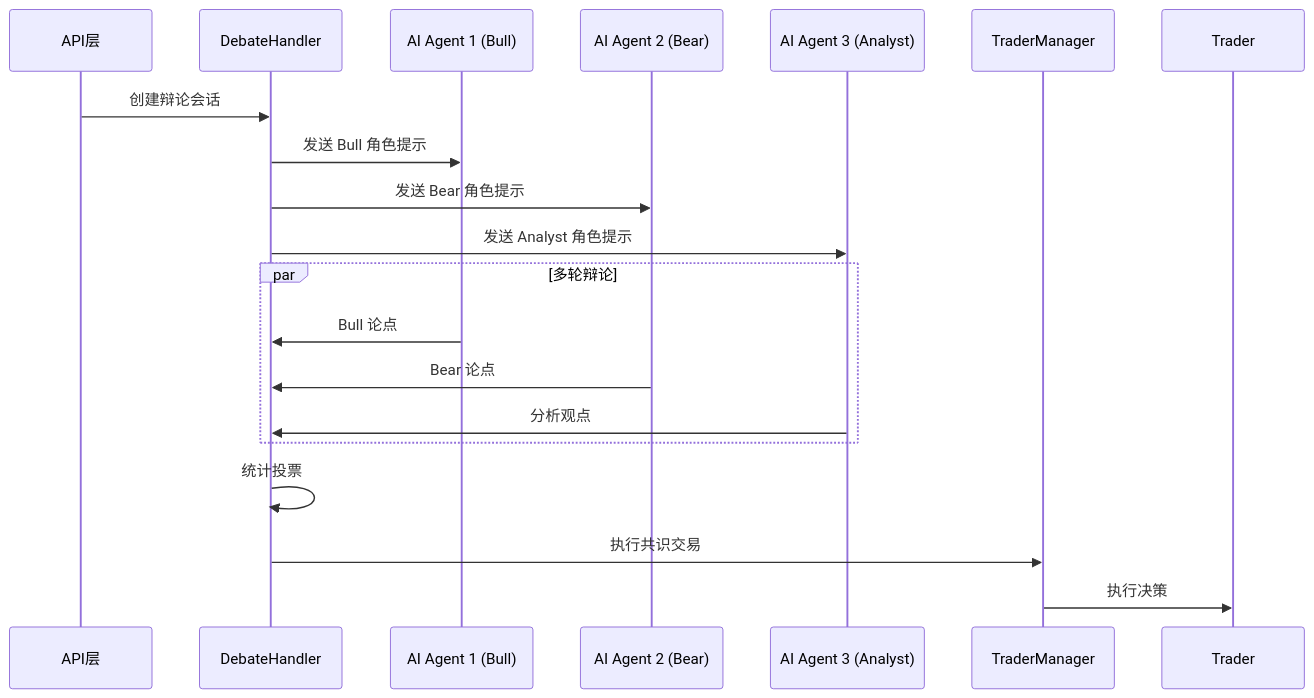
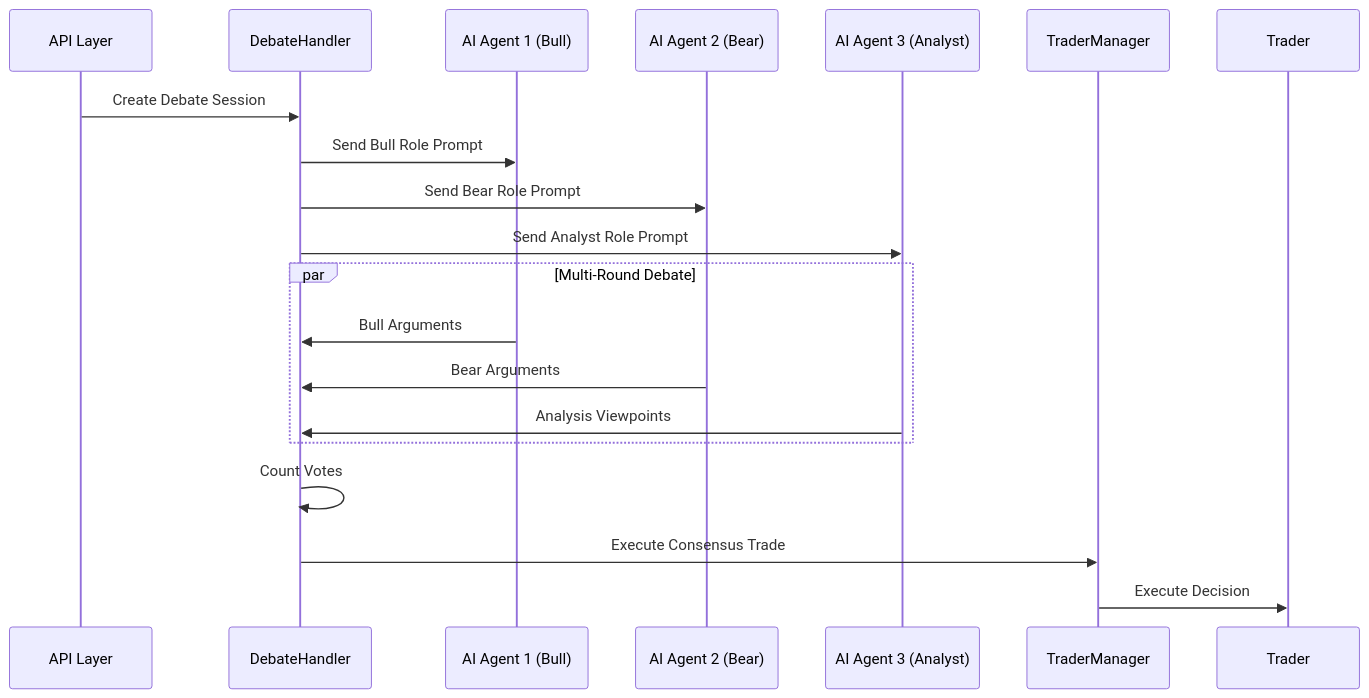
Before and after one commit to zcxGGmu/DeepAlpha: diagram 11 of 11 in docs/improve/kilo-code/NOFX-技术分析报告.md, drawn with Mermaid. The commit also changed other lines of this file, not shown here.

Commit message:
fix: 修复 Mermaid 图表中文标签兼容性问题

````diff
--- a/docs/improve/kilo-code/NOFX-技术分析报告.md
+++ b/docs/improve/kilo-code/NOFX-技术分析报告.md
@@ -1090,24 +1098,24 @@
 ```mermaid
 sequenceDiagram
-    participant API as API层
+    participant API as API Layer
     participant DH as DebateHandler
     participant AI1 as AI Agent 1 (Bull)
     participant AI2 as AI Agent 2 (Bear)
     participant AI3 as AI Agent 3 (Analyst)
     participant TM as TraderManager
     
-    API->>DH: 创建辩论会话
-    DH->>AI1: 发送 Bull 角色提示
-    DH->>AI2: 发送 Bear 角色提示
-    DH->>AI3: 发送 Analyst 角色提示
+    API->>DH: Create Debate Session
+    DH->>AI1: Send Bull Role Prompt
+    DH->>AI2: Send Bear Role Prompt
+    DH->>AI3: Send Analyst Role Prompt
     
-    par 多轮辩论
-        AI1->>DH: Bull 论点
-        AI2->>DH: Bear 论点
-        AI3->>DH: 分析观点
+    par Multi-Round Debate
+        AI1->>DH: Bull Arguments
+        AI2->>DH: Bear Arguments
+        AI3->>DH: Analysis Viewpoints
     end
     
-    DH->>DH: 统计投票
-    DH->>TM: 执行共识交易
-    TM->>Trader: 执行决策
+    DH->>DH: Count Votes
+    DH->>TM: Execute Consensus Trade
+    TM->>Trader: Execute Decision
 ```
````
